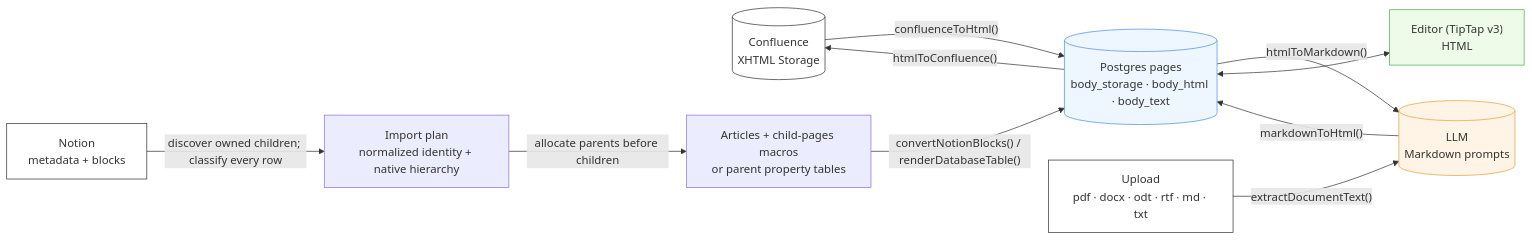
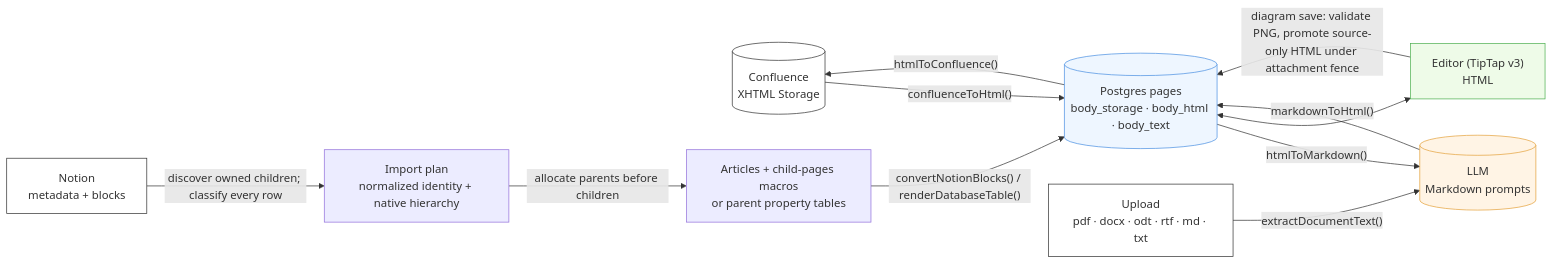
The first of 2 diagrams in docs/architecture/11-content-pipeline.md (Compendiq/compendiq-ce), drawn with Mermaid before and after one commit. The commit also changed other lines of this file and 14 other files, not shown here.

````diff
--- a/docs/architecture/11-content-pipeline.md
+++ b/docs/architecture/11-content-pipeline.md
@@ -44,33 +44,34 @@
 ```mermaid
 flowchart LR
     CF[("Confluence<br/>XHTML Storage")]
     DB[("Postgres pages<br/>body_storage · body_html · body_text")]
     LLM[("LLM<br/>Markdown prompts")]
     ED["Editor (TipTap v3)<br/>HTML"]
 
     UP["Upload<br/>pdf · docx · odt · rtf · md · txt"]
     NT["Notion<br/>metadata + blocks"]
     NP["Import plan<br/>normalized identity + native hierarchy"]
     NC["Articles + child-pages macros<br/>or parent property tables"]
 
     CF -- "confluenceToHtml()" --> DB
     DB -- "htmlToConfluence()" --> CF
     DB -- "htmlToMarkdown()" --> LLM
     LLM -- "markdownToHtml()" --> DB
     DB <--> ED
+    ED -- "diagram save: validate PNG, promote source-only HTML under attachment fence" --> DB
     UP -- "extractDocumentText()" --> LLM
     NT -- "discover owned children; classify every row" --> NP
     NP -- "allocate parents before children" --> NC
     NC -- "convertNotionBlocks() / renderDatabaseTable()" --> DB
 
     classDef ext fill:#fff,stroke:#333
     classDef data fill:#eef6ff,stroke:#4a90e2
     classDef ai fill:#fff4e5,stroke:#e5a23c
     classDef ui fill:#eefbe8,stroke:#4caf50
     class CF ext
     class UP ext
     class NT ext
     class DB data
     class LLM ai
     class ED ui
 ```
````
